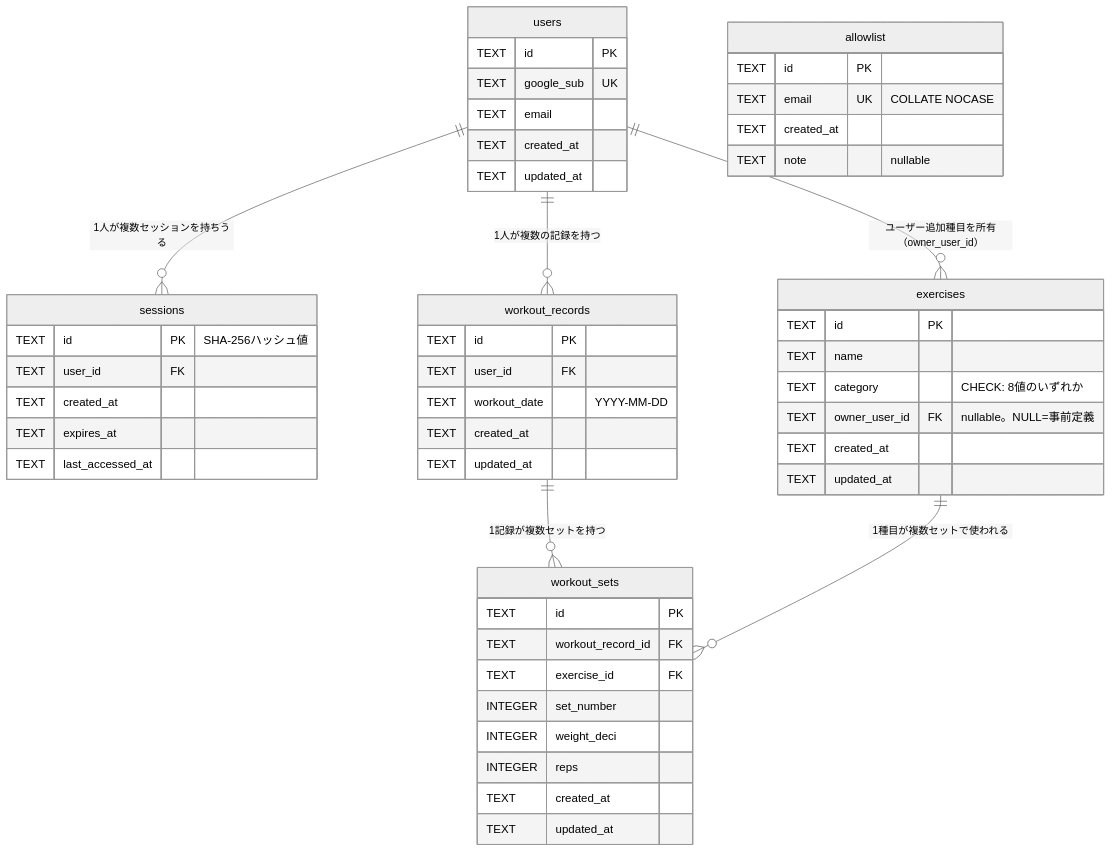
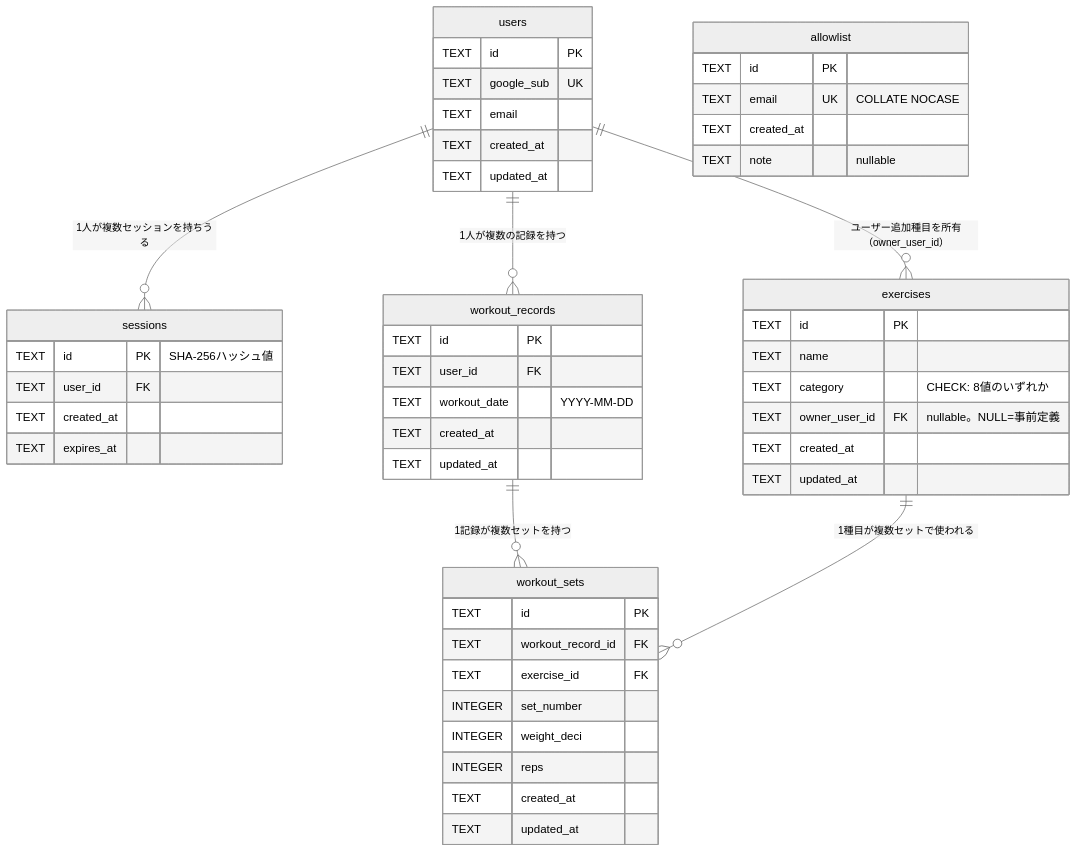
Before and after one commit to akitouchiyama/GainLog: the diagram in docs/Design/Basic/db.md, drawn with Mermaid (neutral theme). The commit also changed other lines of this file and 5 other files, not shown here.

````diff
--- a/docs/Design/Basic/db.md
+++ b/docs/Design/Basic/db.md
@@ -53,54 +53,53 @@
 ```mermaid
 erDiagram
     users ||--o{ sessions : "1人が複数セッションを持ちうる"
     users ||--o{ exercises : "ユーザー追加種目を所有（owner_user_id）"
     users ||--o{ workout_records : "1人が複数の記録を持つ"
     workout_records ||--o{ workout_sets : "1記録が複数セットを持つ"
     exercises ||--o{ workout_sets : "1種目が複数セットで使われる"
 
     users {
         TEXT id PK
         TEXT google_sub UK
         TEXT email
         TEXT created_at
         TEXT updated_at
     }
     sessions {
         TEXT id PK "SHA-256ハッシュ値"
         TEXT user_id FK
         TEXT created_at
         TEXT expires_at
-        TEXT last_accessed_at
     }
     allowlist {
         TEXT id PK
         TEXT email UK "COLLATE NOCASE"
         TEXT created_at
         TEXT note "nullable"
     }
     exercises {
         TEXT id PK
         TEXT name
         TEXT category "CHECK: 8値のいずれか"
         TEXT owner_user_id FK "nullable。NULL=事前定義"
         TEXT created_at
         TEXT updated_at
     }
     workout_records {
         TEXT id PK
         TEXT user_id FK
         TEXT workout_date "YYYY-MM-DD"
         TEXT created_at
         TEXT updated_at
     }
     workout_sets {
         TEXT id PK
         TEXT workout_record_id FK
         TEXT exercise_id FK
         INTEGER set_number
         INTEGER weight_deci
         INTEGER reps
         TEXT created_at
         TEXT updated_at
     }
 ```
````
